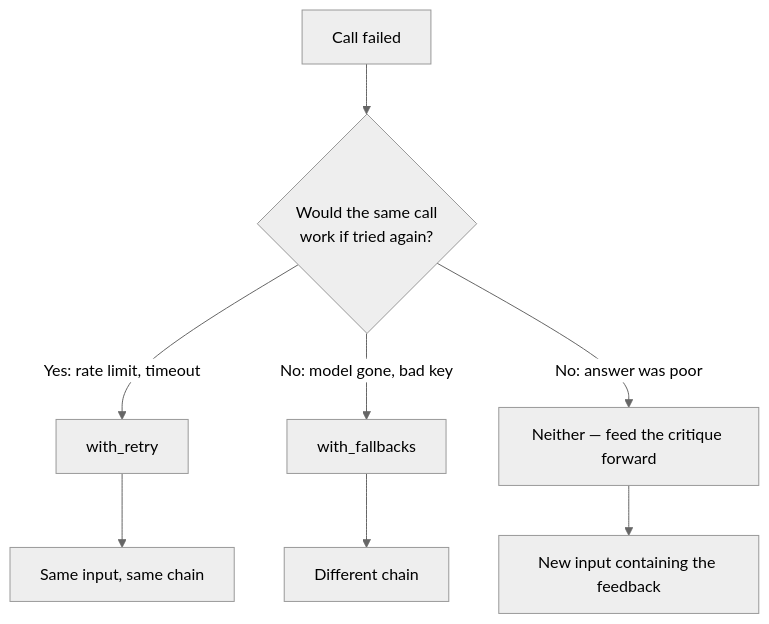
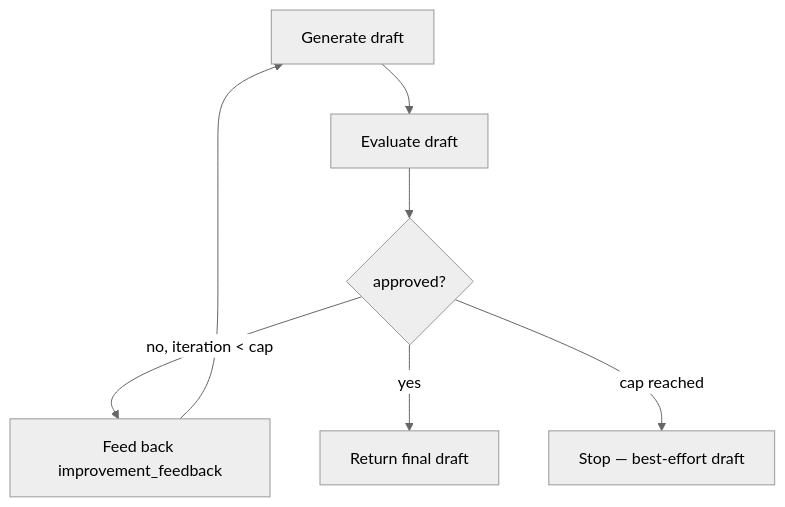
The fifth of 7 diagrams in tutorials/01_langchain_foundations_INTERVIEW_TUTORIAL.md (Sourav692/AI-ENGINEERING-DEMYSTIFIED), drawn with Mermaid (neutral theme) before and after one commit. The commit also changed other lines of this file and 13 other files, not shown here.

````diff
--- a/tutorials/01_langchain_foundations_INTERVIEW_TUTORIAL.md
+++ b/tutorials/01_langchain_foundations_INTERVIEW_TUTORIAL.md
@@ -261,10 +305,9 @@
 ```mermaid
 flowchart TD
-  A["Call failed"] --> B{"Would the same call<br/>work if tried again?"}
-  B -->|"Yes: rate limit, timeout"| C["with_retry"]
-  B -->|"No: model gone, bad key"| D["with_fallbacks"]
-  B -->|"No: answer was poor"| E["Neither — feed the critique forward"]
-  C --> F["Same input, same chain"]
-  D --> G["Different chain"]
-  E --> H["New input containing the feedback"]
+    A["Generate draft"] --> B["Evaluate draft"]
+    B --> C{"approved?"}
+    C -->|"no, iteration < cap"| D["Feed back improvement_feedback"]
+    D --> A
+    C -->|"yes"| E["Return final draft"]
+    C -->|"cap reached"| F["Stop — best-effort draft"]
 ```
````
